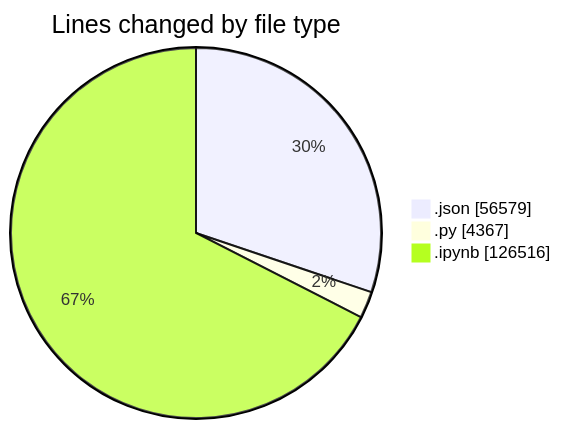
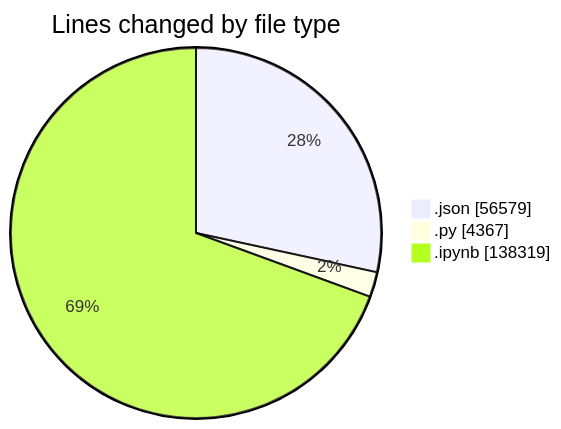
The first of 2 diagrams in 2025-10-04/untitled__workspace_/README.md (MatusMokan/code-tracking), drawn with Mermaid before and after one commit. The commit also changed other lines of this file and 1 other file, not shown here.

````diff
--- a/2025-10-04/untitled__workspace_/README.md
+++ b/2025-10-04/untitled__workspace_/README.md
@@ -36,7 +36,7 @@
 ```mermaid
 pie showData
 title Lines changed by file type
 ".json" : 56579
 ".py" : 4367
-".ipynb" : 126516
+".ipynb" : 138319
 ```
````
